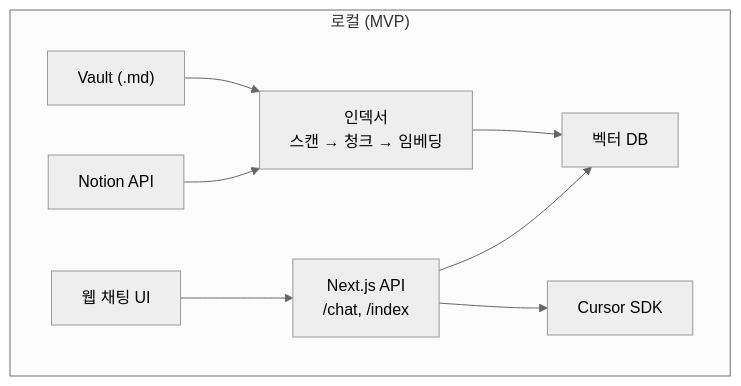
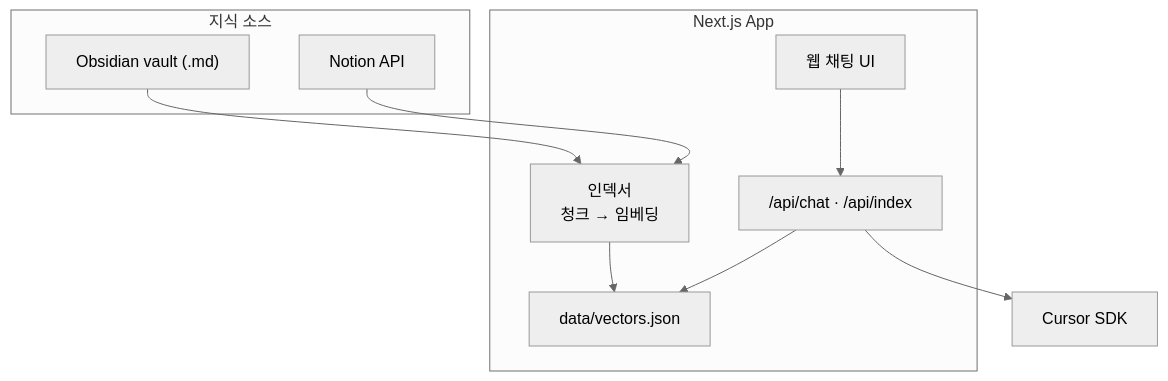
The first of 2 diagrams in README.md (LEEHEEWON123/obsidian_chat_bot), drawn with Mermaid (neutral theme) before and after one commit. The commit also changed other lines of this file, not shown here.

First line of the commit message:
Update README with setup guide for Notion and vault indexing.

````diff
--- a/README.md
+++ b/README.md
@@ -14,19 +40,23 @@
 ```mermaid
 flowchart TB
-    subgraph local ["로컬 (MVP)"]
-        V["Vault (.md)"]
+    subgraph sources ["지식 소스"]
+        V["Obsidian vault (.md)"]
         N["Notion API"]
-        I["인덱서\n스캔 → 청크 → 임베딩"]
-        DB["벡터 DB"]
-        API["Next.js API\n/chat, /index"]
+    end
+
+    subgraph app ["Next.js App"]
+        I["인덱서\n청크 → 임베딩"]
+        DB["data/vectors.json"]
+        API["/api/chat · /api/index"]
         UI["웹 채팅 UI"]
-        SDK["Cursor SDK"]
     end
+
+    SDK["Cursor SDK"]
 
     V --> I
     N --> I
     I --> DB
     UI --> API
     API --> DB
     API --> SDK
 ```
````
